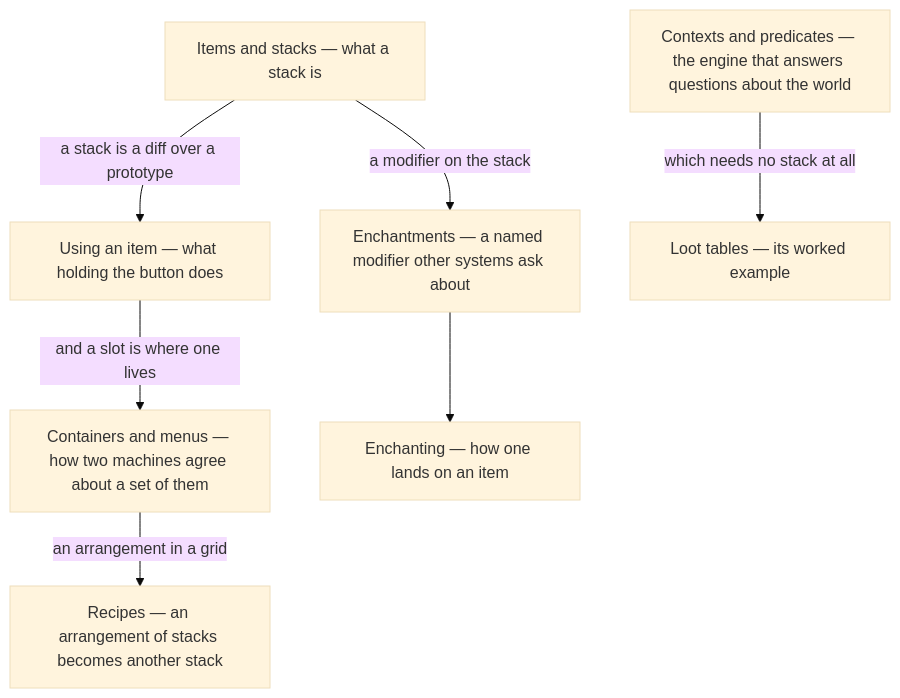
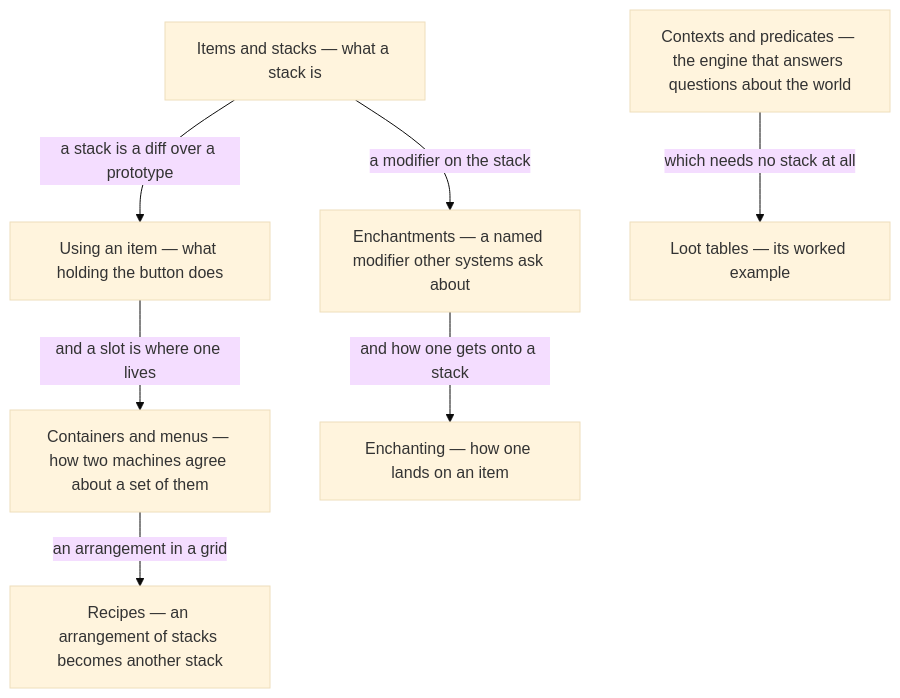
The diagram in src/systems/items/README.md (AlexanderjFraser/MinecraftDocs), drawn with Mermaid (base theme) before and after one commit. The commit also changed other lines of this file and 13 other files, not shown here.

````diff
--- a/src/systems/items/README.md
+++ b/src/systems/items/README.md
@@ -66,17 +55,17 @@
 ```mermaid
 flowchart TD
     IS["Items and stacks — what a stack is"]
     UI["Using an item — what holding the button does"]
     CM["Containers and menus — how two machines agree about a set of them"]
     RE["Recipes — an arrangement of stacks becomes another stack"]
     EN["Enchantments — a named modifier other systems ask about"]
     EC["Enchanting — how one lands on an item"]
     CP["Contexts and predicates — the engine that answers questions about the world"]
     LO["Loot tables — its worked example"]
     IS -- "a stack is a diff over a prototype" --> UI
     UI -- "and a slot is where one lives" --> CM
     CM -- "an arrangement in a grid" --> RE
     IS -- "a modifier on the stack" --> EN
-    EN --> EC
+    EN -- "and how one gets onto a stack" --> EC
     CP -- "which needs no stack at all" --> LO
 ```
````
